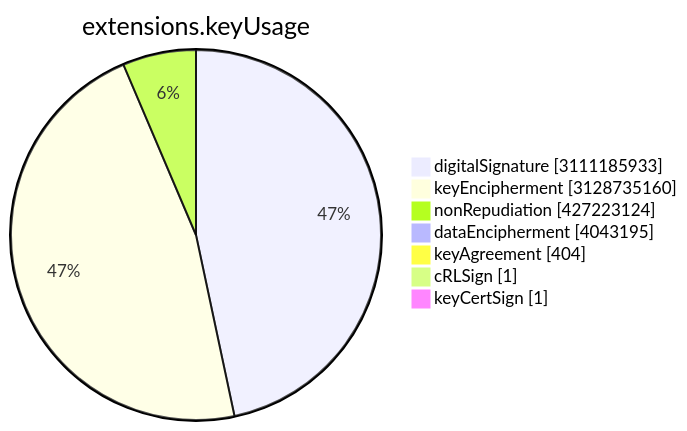
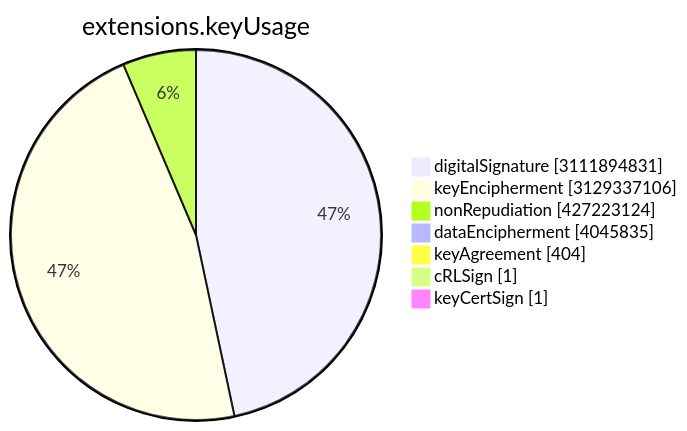
Before and after one commit to christiankrug/ctmonitor_visualization: the sixth of 15 diagrams in TOTAL/README.md, drawn with Mermaid. The commit also changed other lines of this file, not shown here.

````diff
--- a/TOTAL/README.md
+++ b/TOTAL/README.md
@@ -3077,11 +3077,11 @@
 ```mermaid
 pie showData
 title extensions.keyUsage
-"digitalSignature" :3111185933
-"keyEncipherment" :3128735160
+"digitalSignature" :3111894831
+"keyEncipherment" :3129337106
 "nonRepudiation" :427223124
-"dataEncipherment" :4043195
+"dataEncipherment" :4045835
 "keyAgreement" :404
 "cRLSign" :1
 "keyCertSign" :1
 ```
````
